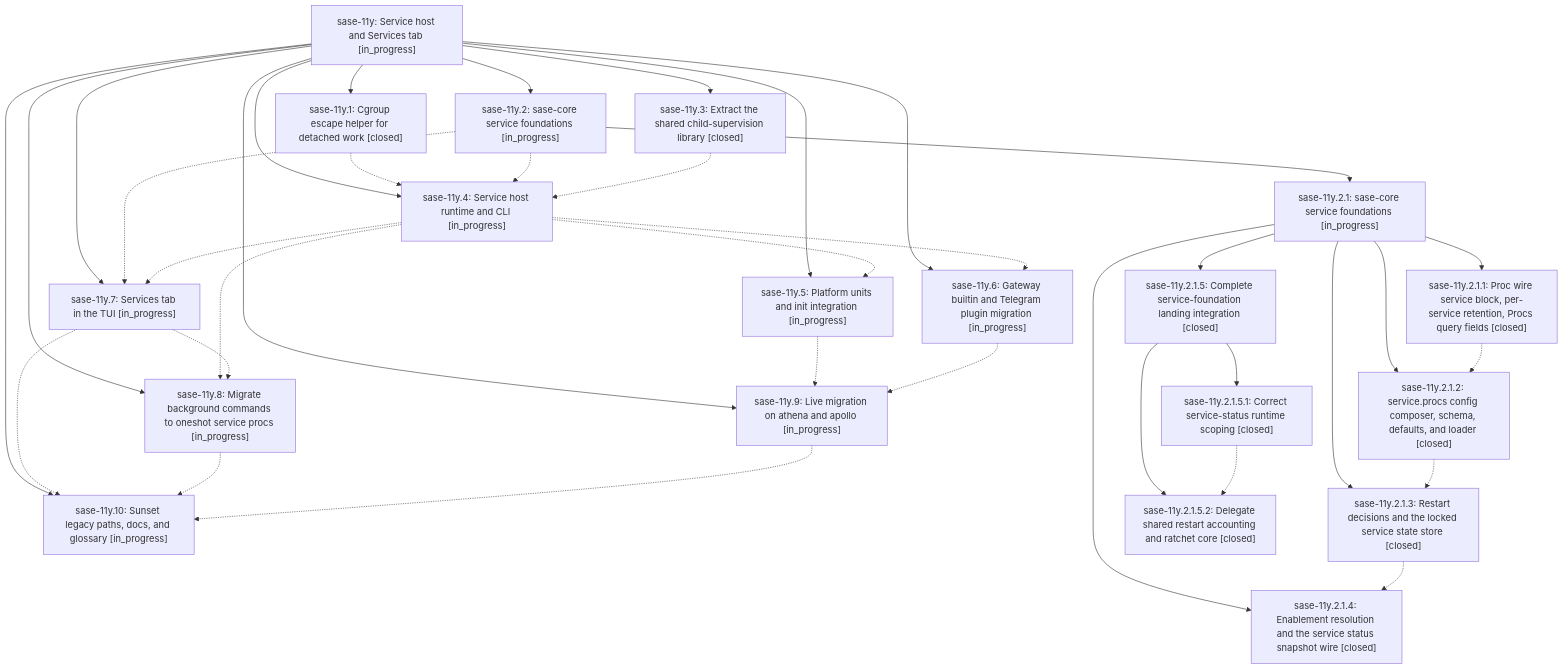
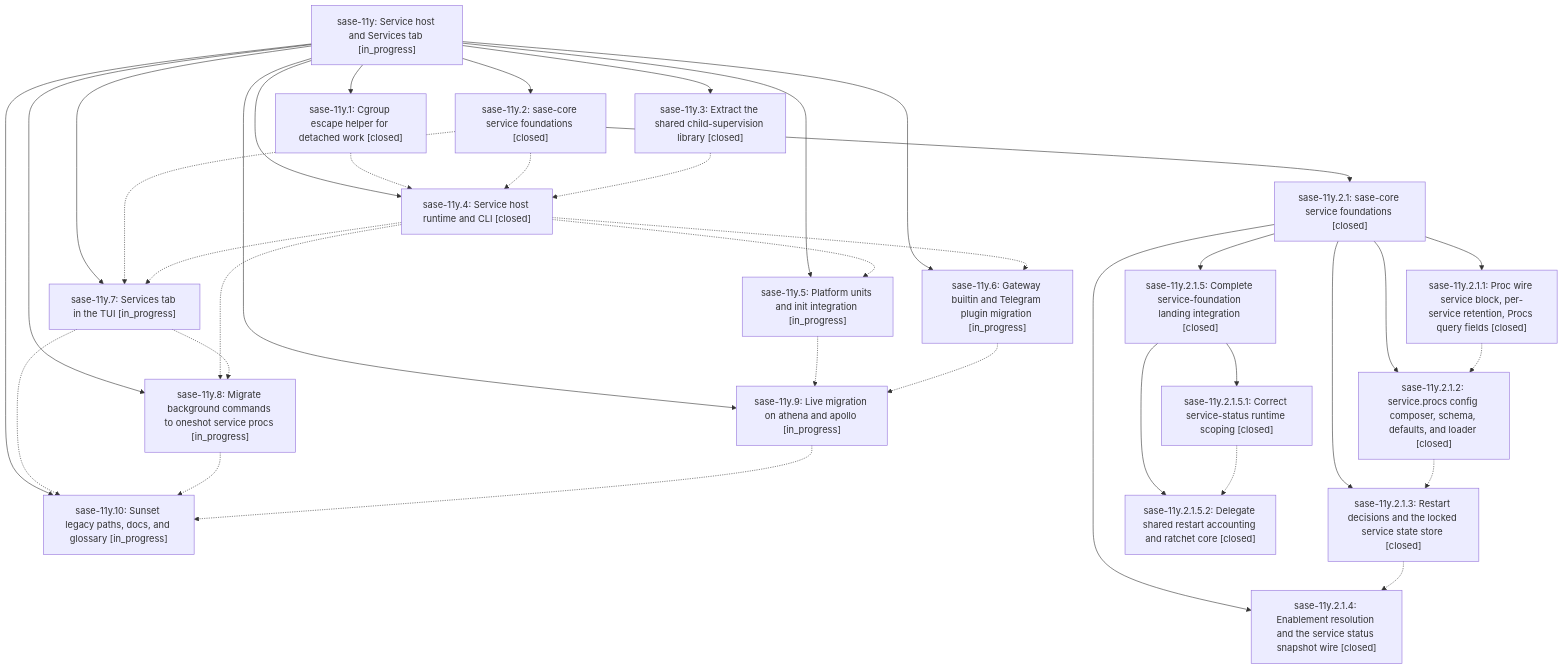
The diagram in pages/sase-11y/README.md (sase-org/sase--beads), drawn with Mermaid before and after one commit. The commit also changed other lines of this file and 9 other files, not shown here.

````diff
--- a/pages/sase-11y/README.md
+++ b/pages/sase-11y/README.md
@@ -43,58 +43,58 @@
 ```mermaid
 flowchart TD
     n0["sase-11y: Service host and Services tab [in_progress]"]
     n1["sase-11y.1: Cgroup escape helper for detached work [closed]"]
     n2["sase-11y.10: Sunset legacy paths, docs, and glossary [in_progress]"]
-    n3["sase-11y.2: sase-core service foundations [in_progress]"]
-    n4["sase-11y.2.1: sase-core service foundations [in_progress]"]
+    n3["sase-11y.2: sase-core service foundations [closed]"]
+    n4["sase-11y.2.1: sase-core service foundations [closed]"]
     n5["sase-11y.2.1.1: Proc wire service block, per-service retention, Procs query fields [closed]"]
     n6["sase-11y.2.1.2: service.procs config composer, schema, defaults, and loader [closed]"]
     n7["sase-11y.2.1.3: Restart decisions and the locked service state store [closed]"]
     n8["sase-11y.2.1.4: Enablement resolution and the service status snapshot wire [closed]"]
     n9["sase-11y.2.1.5: Complete service-foundation landing integration [closed]"]
     n10["sase-11y.2.1.5.1: Correct service-status runtime scoping [closed]"]
     n11["sase-11y.2.1.5.2: Delegate shared restart accounting and ratchet core [closed]"]
     n12["sase-11y.3: Extract the shared child-supervision library [closed]"]
-    n13["sase-11y.4: Service host runtime and CLI [in_progress]"]
+    n13["sase-11y.4: Service host runtime and CLI [closed]"]
     n14["sase-11y.5: Platform units and init integration [in_progress]"]
     n15["sase-11y.6: Gateway builtin and Telegram plugin migration [in_progress]"]
     n16["sase-11y.7: Services tab in the TUI [in_progress]"]
     n17["sase-11y.8: Migrate background commands to oneshot service procs [in_progress]"]
     n18["sase-11y.9: Live migration on athena and apollo [in_progress]"]
     n0 --> n1
     n0 --> n2
     n0 --> n3
     n3 --> n4
     n4 --> n5
     n4 --> n6
     n4 --> n7
     n4 --> n8
     n4 --> n9
     n9 --> n10
     n9 --> n11
     n0 --> n12
     n0 --> n13
     n0 --> n14
     n0 --> n15
     n0 --> n16
     n0 --> n17
     n0 --> n18
     n1 -.-> n13
     n3 -.-> n13
     n3 -.-> n16
     n5 -.-> n6
     n6 -.-> n7
     n7 -.-> n8
     n10 -.-> n11
     n12 -.-> n13
     n13 -.-> n14
     n13 -.-> n15
     n13 -.-> n16
     n13 -.-> n17
     n14 -.-> n18
     n15 -.-> n18
     n16 -.-> n2
     n16 -.-> n17
     n17 -.-> n2
     n18 -.-> n2
 ```
````
